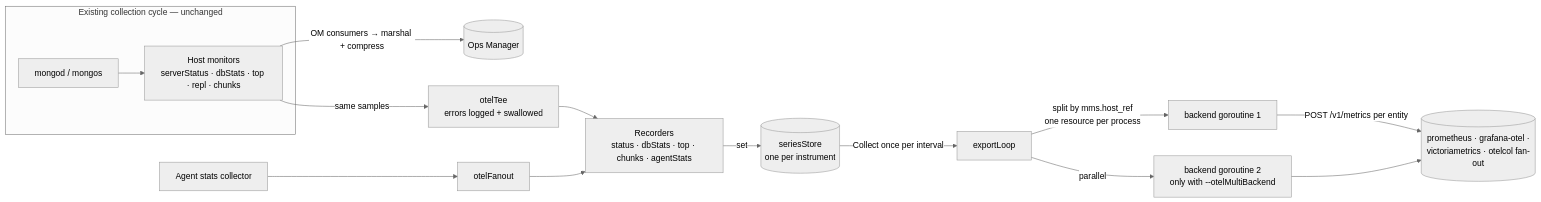
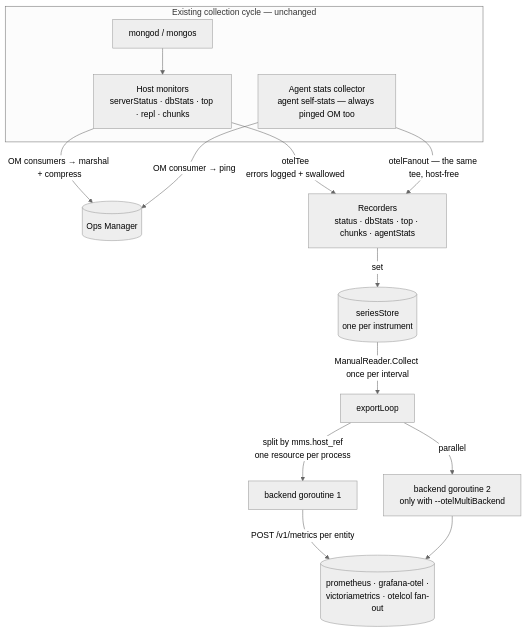
The diagram in otel-receiver/DEMO/OtelDemoPlan.md (ankitgarg-mongodb/mongo-infra-docker), drawn with Mermaid (neutral theme) before and after one commit. The commit also changed other lines of this file, not shown here.

Commit message:
Refactor architecture diagram in OTel demo plan for clarity and update flow representation

````diff
--- a/otel-receiver/DEMO/OtelDemoPlan.md
+++ b/otel-receiver/DEMO/OtelDemoPlan.md
@@ -241,17 +239,17 @@
 ```mermaid
-flowchart LR
+flowchart TD
     subgraph COLL["Existing collection cycle — unchanged"]
         M[mongod / mongos] --> MON[Host monitors<br/>serverStatus · dbStats · top · repl · chunks]
+        ACS[Agent stats collector<br/>agent self-stats — always pinged OM too]
     end
     MON -->|OM consumers → marshal + compress| OM[(Ops Manager)]
-    MON -->|same samples| TEE[otelTee<br/>errors logged + swallowed]
-    ACS[Agent stats collector] --> FAN[otelFanout]
-    TEE --> REC[Recorders<br/>status · dbStats · top · chunks · agentStats]
-    FAN --> REC
+    ACS -->|OM consumer → ping| OM
+    MON -->|otelTee<br/>errors logged + swallowed| REC[Recorders<br/>status · dbStats · top · chunks · agentStats]
+    ACS -->|otelFanout — the same tee, host-free| REC
     REC -->|set| SS[(seriesStore<br/>one per instrument)]
-    SS -->|Collect once per interval| LOOP[exportLoop]
+    SS -->|ManualReader.Collect once per interval| LOOP[exportLoop]
     LOOP -->|split by mms.host_ref<br/>one resource per process| G1[backend goroutine 1]
     LOOP -->|parallel| G2[backend goroutine 2<br/>only with --otelMultiBackend]
     G1 -->|POST /v1/metrics per entity| B[(prometheus · grafana-otel ·<br/>victoriametrics · otelcol fan-out)]
     G2 --> B
 ```
````
